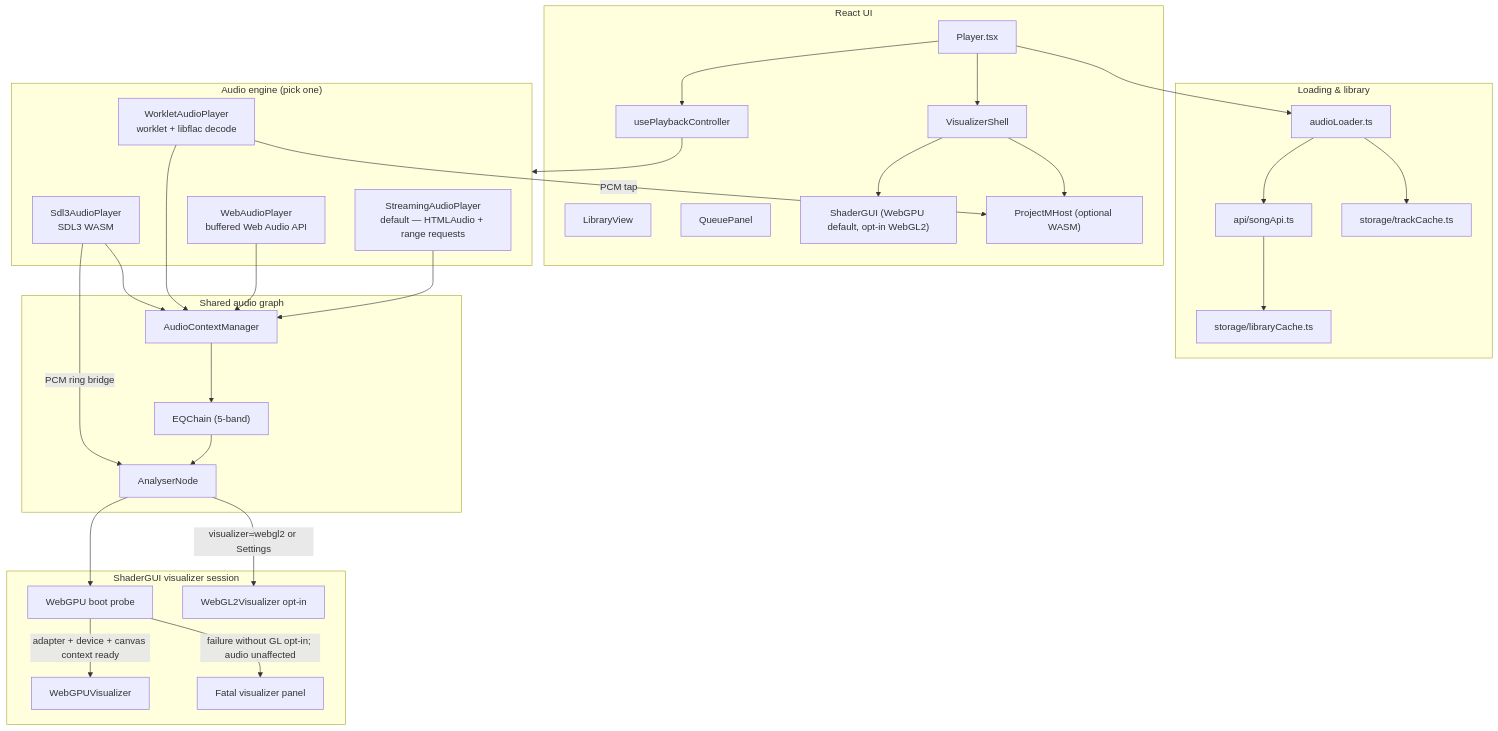
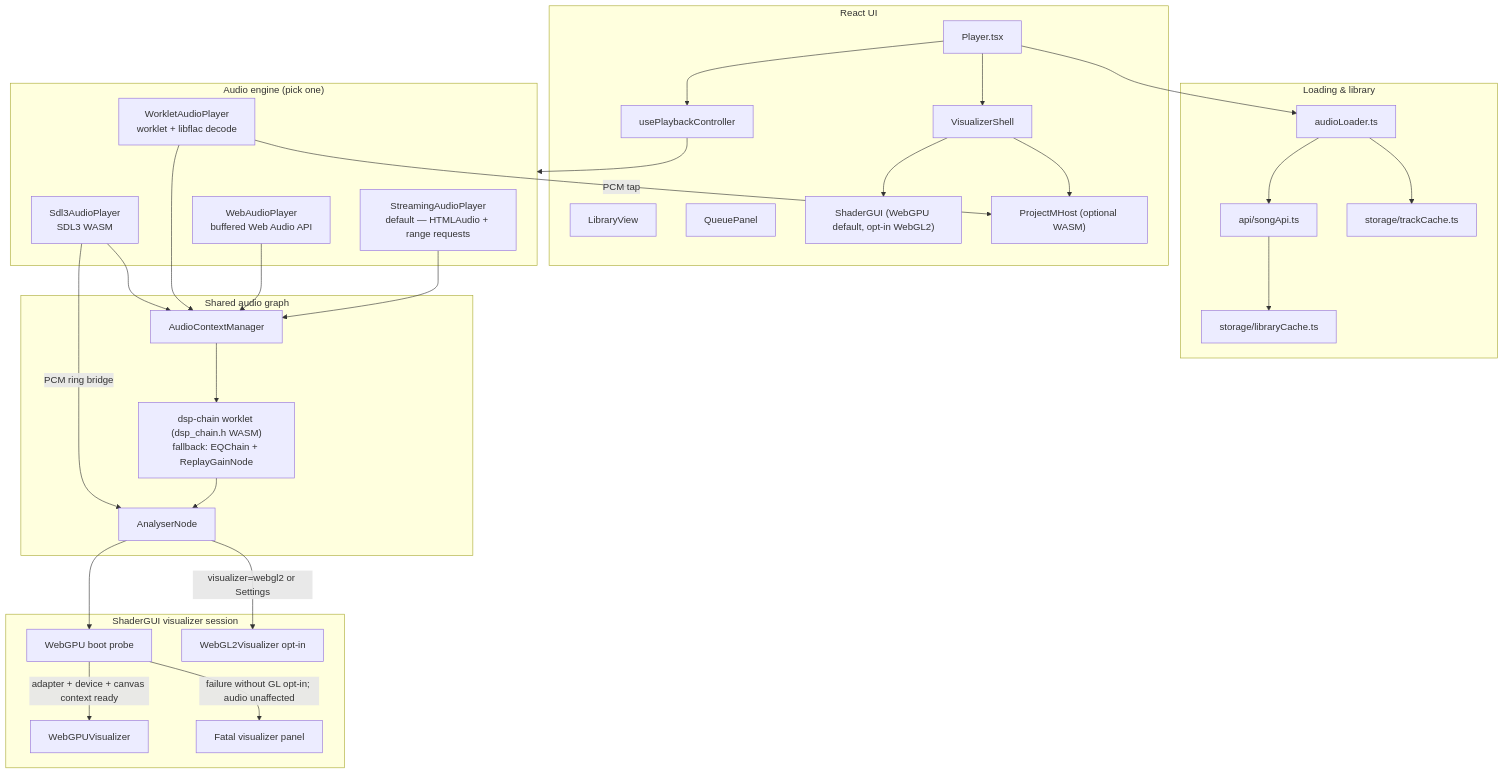
The diagram in docs/ARCHITECTURE.md (ford442/flac_player), drawn with Mermaid before and after one commit. The commit also changed other lines of this file and 24 other files, not shown here.

First line of the commit message:
Run dsp_chain.h as WASM in an AudioWorklet for Web Audio backends

````diff
--- a/docs/ARCHITECTURE.md
+++ b/docs/ARCHITECTURE.md
@@ -9,61 +9,61 @@
 ```mermaid
 flowchart TB
   subgraph UI["React UI"]
     Player["Player.tsx"]
     Controller["usePlaybackController"]
     Library["LibraryView"]
     Queue["QueuePanel"]
     Shell["VisualizerShell"]
     ShaderGUI["ShaderGUI (WebGPU default, opt-in WebGL2)"]
     ProjectM["ProjectMHost (optional WASM)"]
   end
 
   subgraph Audio["Audio engine (pick one)"]
     Streaming["StreamingAudioPlayer<br/>default — HTMLAudio + range requests"]
     WebAudio["WebAudioPlayer<br/>buffered Web Audio API"]
     Worklet["WorkletAudioPlayer<br/>worklet + libflac decode"]
     SDL3["Sdl3AudioPlayer<br/>SDL3 WASM"]
   end
 
   subgraph Load["Loading & library"]
     Loader["audioLoader.ts"]
     SongApi["api/songApi.ts"]
     TrackCache["storage/trackCache.ts"]
     LibCache["storage/libraryCache.ts"]
   end
 
   subgraph FX["Shared audio graph"]
     ACM["AudioContextManager"]
-    EQ["EQChain (5-band)"]
+    EQ["dsp-chain worklet (dsp_chain.h WASM)<br/>fallback: EQChain + ReplayGainNode"]
     Analyser["AnalyserNode"]
   end
 
   subgraph Viz["ShaderGUI visualizer session"]
     Probe["WebGPU boot probe"]
     WebGPU["WebGPUVisualizer"]
     WebGL2["WebGL2Visualizer opt-in"]
     Fatal["Fatal visualizer panel"]
   end
 
   Player --> Controller
   Controller --> Audio
   Player --> Shell
   Shell --> ShaderGUI
   Shell --> ProjectM
   Player --> Loader
   Loader --> SongApi
   Loader --> TrackCache
   SongApi --> LibCache
 
   Streaming --> ACM
   WebAudio --> ACM
   Worklet --> ACM
   SDL3 --> ACM
   ACM --> EQ --> Analyser
   Analyser --> Probe
   Probe -->|adapter + device + canvas context ready| WebGPU
   Probe -->|failure without GL opt-in; audio unaffected| Fatal
   Analyser -->|visualizer=webgl2 or Settings| WebGL2
   Worklet -->|PCM tap| ProjectM
   SDL3 -->|PCM ring bridge| Analyser
 ```
````
